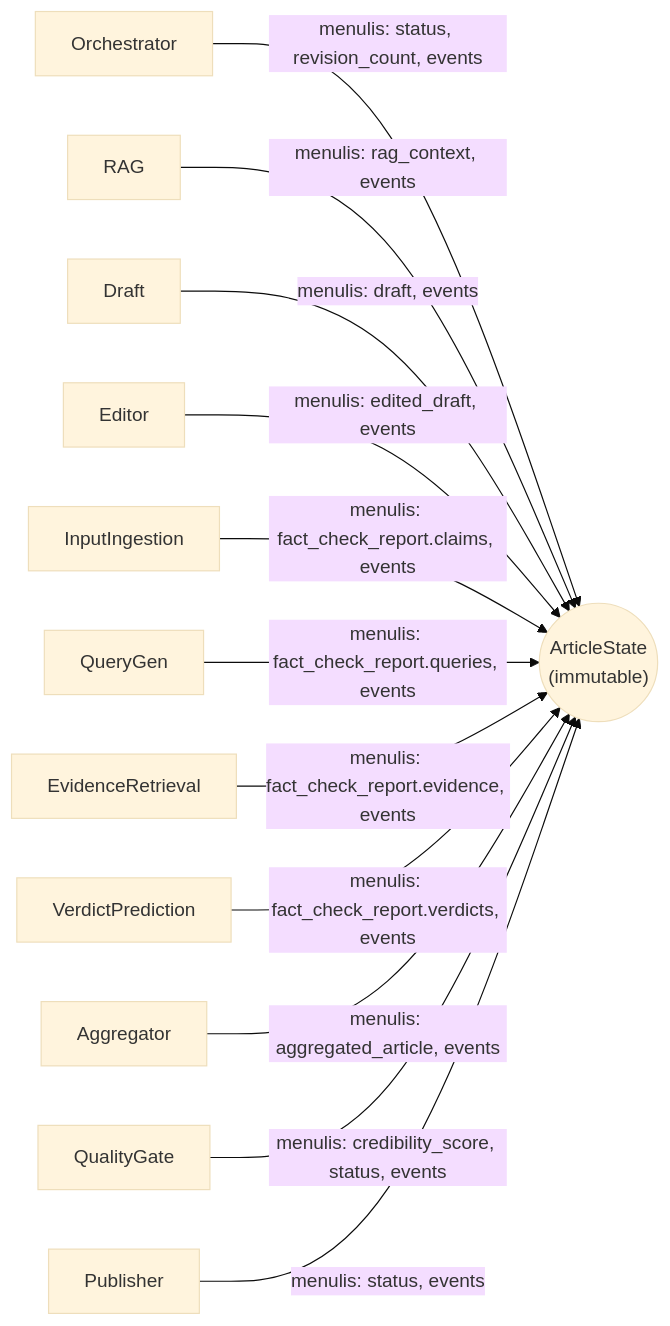
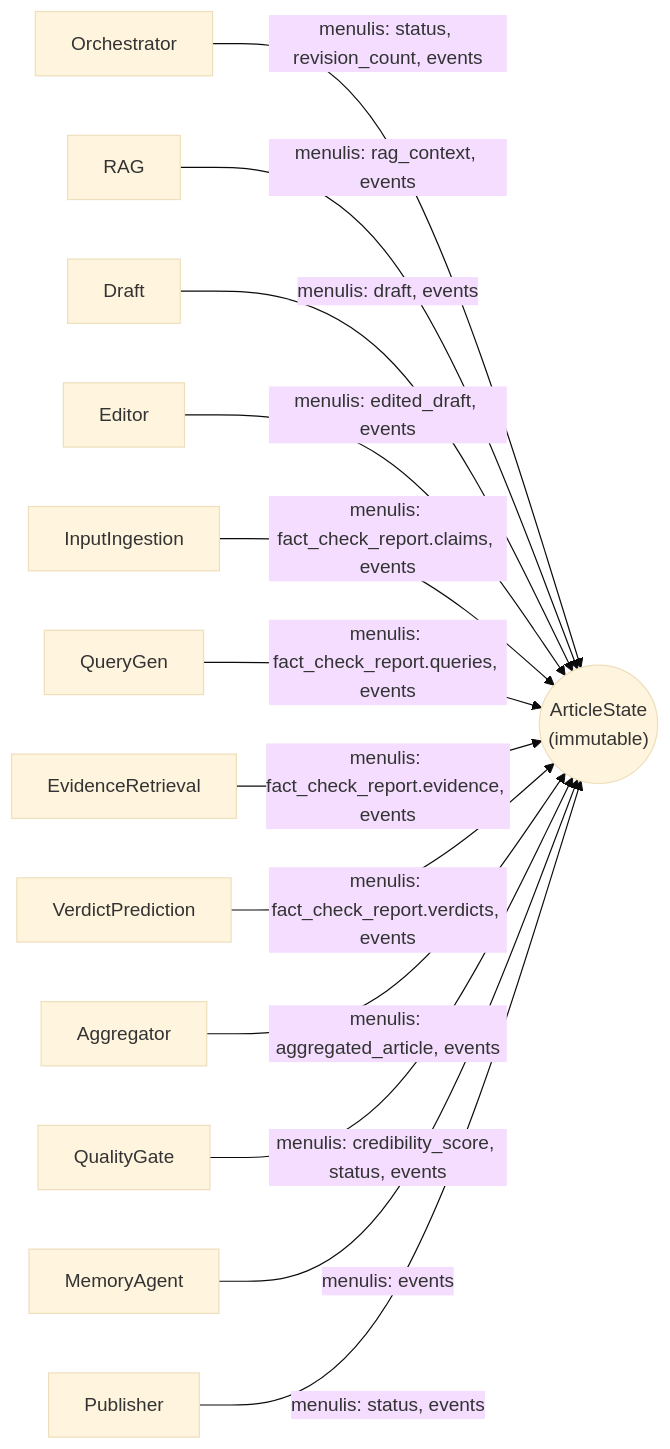
One commit to learn-debug/berita changed the second of 3 diagrams in docs/ARCHITECTURE.md. Above: the diagram before and after it, drawn with Mermaid (base theme). The commit also changed other lines of this file and 1 other file, not shown here.

First line of the commit message:
docs: sync architecture graph and changelog with actual LangGraph

````diff
--- a/docs/ARCHITECTURE.md
+++ b/docs/ARCHITECTURE.md
@@ -223,16 +226,17 @@
 ```mermaid
 flowchart LR
     O[Orchestrator] --> |"menulis: status, revision_count, events"| S
     RA[RAG] --> |"menulis: rag_context, events"| S
     D[Draft] --> |"menulis: draft, events"| S
     E[Editor] --> |"menulis: edited_draft, events"| S
     IN[InputIngestion] --> |"menulis: fact_check_report.claims, events"| S
     QG[QueryGen] --> |"menulis: fact_check_report.queries, events"| S
     ER[EvidenceRetrieval] --> |"menulis: fact_check_report.evidence, events"| S
     VP[VerdictPrediction] --> |"menulis: fact_check_report.verdicts, events"| S
     AG[Aggregator] --> |"menulis: aggregated_article, events"| S
     QL[QualityGate] --> |"menulis: credibility_score, status, events"| S
+    MA[MemoryAgent] --> |"menulis: events"| S
     PB[Publisher] --> |"menulis: status, events"| S
 
     S(("ArticleState<br/>(immutable)"))
 ```
````
